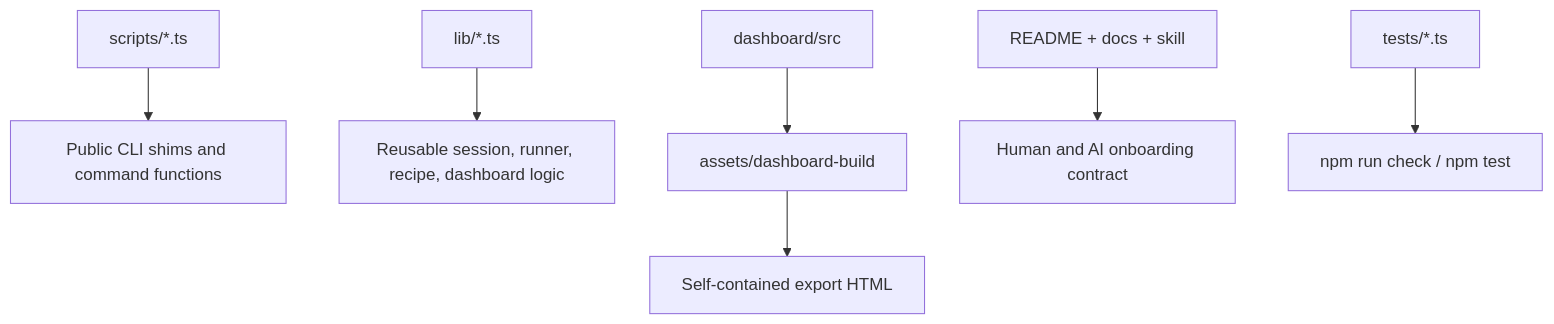
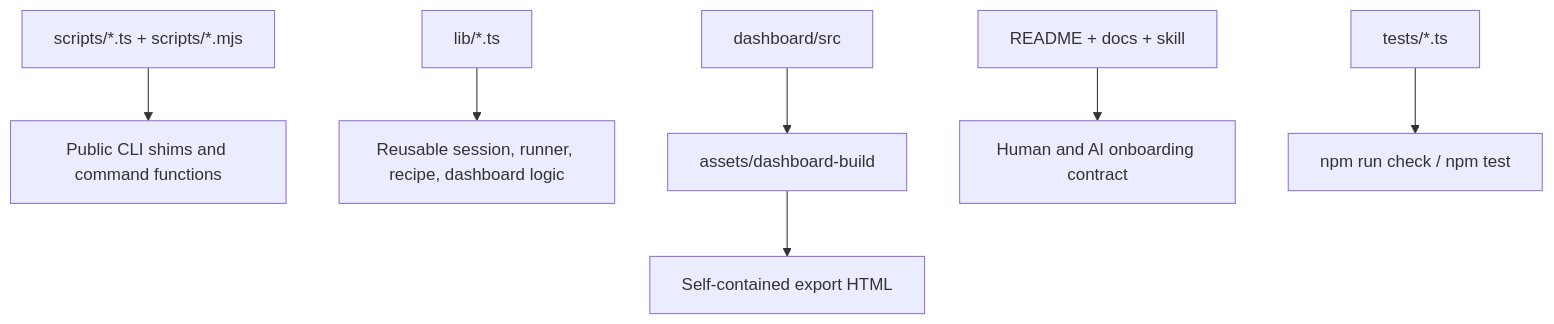
One commit to TheGreenCedar/codex-autoresearch changed the sixth of 8 diagrams in plugins/codex-autoresearch/docs/architecture.md. Above: the diagram before and after it, drawn with Mermaid. The commit also changed other lines of this file and 17 other files, not shown here.

````diff
--- a/plugins/codex-autoresearch/docs/architecture.md
+++ b/plugins/codex-autoresearch/docs/architecture.md
@@ -69,9 +112,9 @@
 ```mermaid
 flowchart TD
-  Scripts["scripts/*.ts"] --> CLI["Public CLI shims and command functions"]
+  Scripts["scripts/*.ts + scripts/*.mjs"] --> CLI["Public CLI shims and command functions"]
   Lib["lib/*.ts"] --> Core["Reusable session, runner, recipe, dashboard logic"]
   Dashboard["dashboard/src"] --> Assets["assets/dashboard-build"]
   Assets --> Export["Self-contained export HTML"]
   Docs["README + docs + skill"] --> Product["Human and AI onboarding contract"]
   Tests["tests/*.ts"] --> Gate["npm run check / npm test"]
 ```
````
